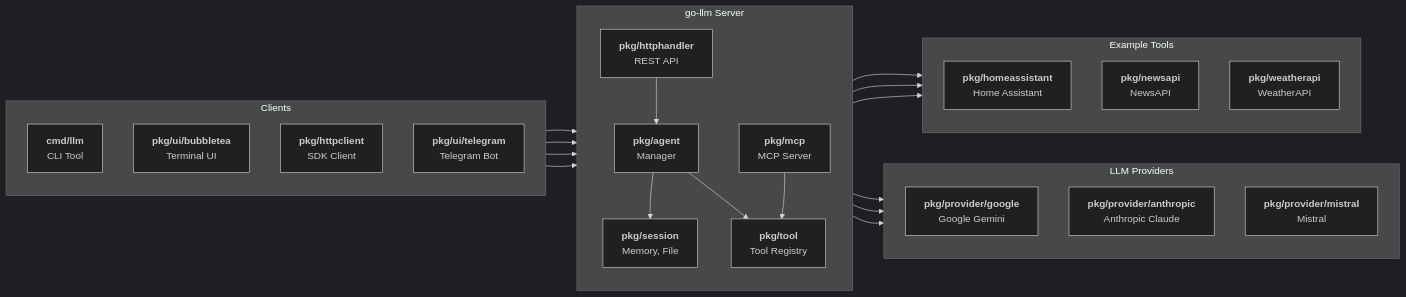
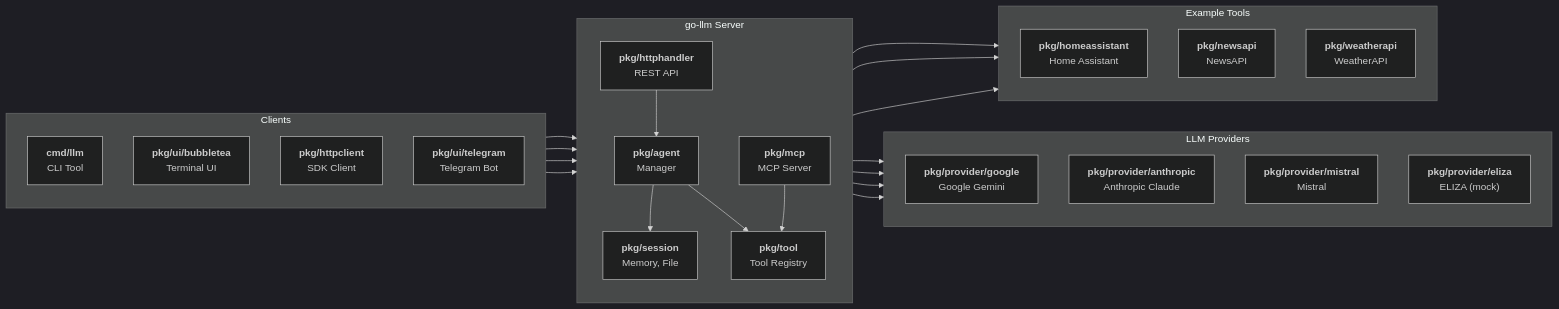
Before and after one commit to mutablelogic/go-llm: the diagram in README.md, drawn with Mermaid (dark theme). The commit also changed other lines of this file and 13 other files, not shown here.

````diff
--- a/README.md
+++ b/README.md
@@ -195,64 +198,67 @@
 ```mermaid
 %%{init: {"flowchart": {"htmlLabels": false}} }%%
 flowchart LR
     subgraph Clients["Clients"]
         direction TB
         CLI["`**cmd/llm**
         CLI Tool`"]
         TUI["`**pkg/ui/bubbletea**
         Terminal UI`"]
         SDK["`**pkg/httpclient**
         SDK Client`"]
         Telegram["`**pkg/ui/telegram**
         Telegram Bot`"]
     end
 
     subgraph Server["go-llm Server"]
         direction TB
         API["`**pkg/httphandler**
         REST API`"]
         Agent["`**pkg/agent**
         Manager`"]
         Sessions["`**pkg/session**
         Memory, File`"]
         Tools["`**pkg/tool**
         Tool Registry`"]
         MCP["`**pkg/mcp**
         MCP Server`"]
     end
 
     subgraph Providers["LLM Providers"]
         direction TB
         Gemini["`**pkg/provider/google**
         Google Gemini`"]
         Claude["`**pkg/provider/anthropic**
         Anthropic Claude`"]
         Mistral["`**pkg/provider/mistral**
         Mistral`"]
+        Eliza["`**pkg/provider/eliza**
+        ELIZA (mock)`"]
     end
 
     subgraph ToolImpls["Example Tools"]
         direction TB
         HA["`**pkg/homeassistant**
         Home Assistant`"]
         News["`**pkg/newsapi**
         NewsAPI`"]
         Weather["`**pkg/weatherapi**
         WeatherAPI`"]
     end
 
     CLI --> API
     TUI --> API
     SDK --> API
     Telegram --> API
     API --> Agent
     Agent --> Sessions
     Agent --> Tools
     Agent --> Gemini
     Agent --> Claude
     Agent --> Mistral
+    Agent --> Eliza
     Tools --> HA
     Tools --> News
     Tools --> Weather
     MCP --> Tools
 ```
````
